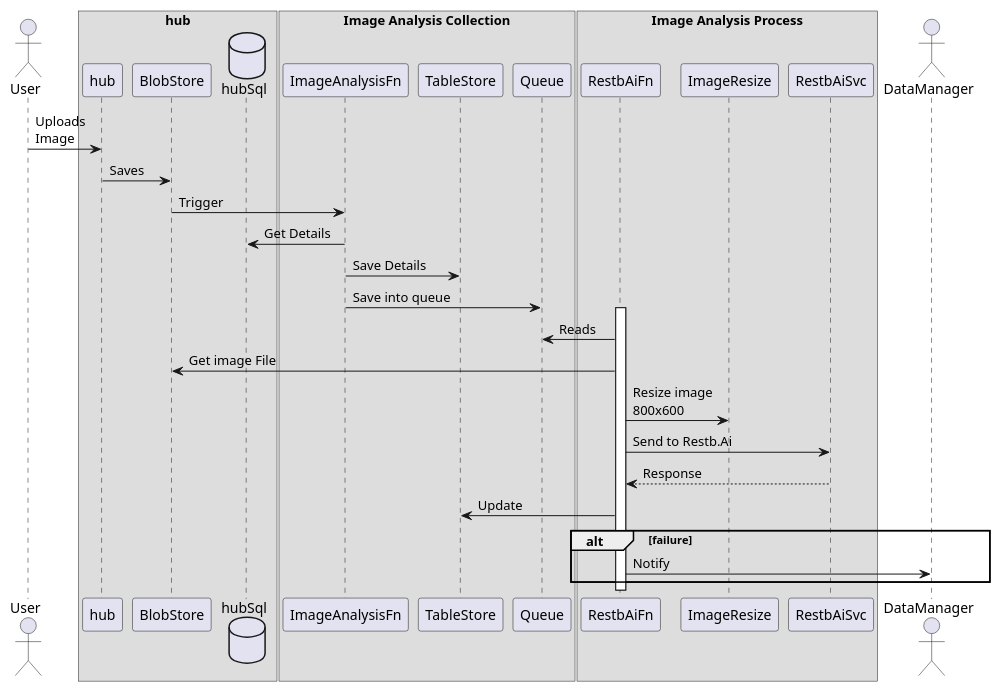
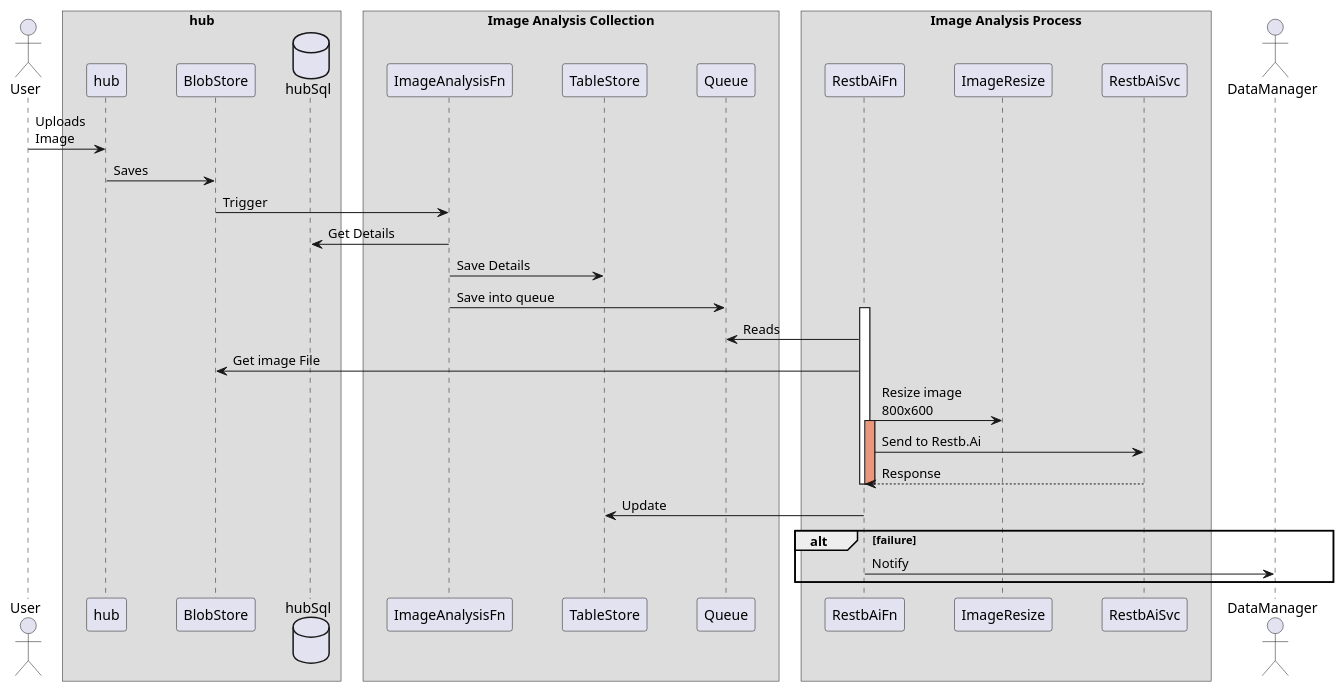
One commit to Kf-GaryNewport/Kf-GaryNewport.github.io changed the diagram in assets/ImageAnalysis/ImageAnalysis-Seq.puml. Above: the diagram before and after it, drawn with PlantUML.

```diff
--- a/assets/ImageAnalysis/ImageAnalysis-Seq.puml
+++ b/assets/ImageAnalysis/ImageAnalysis-Seq.puml
@@ -1,39 +1,36 @@
 @startuml "ImageAnalysis Sequence"
+skinparam ParticipantPadding 20
+skinparam BoxPadding 10
 
 actor User
 box "hub"
     User -> hub : Uploads\nImage
     hub -> BlobStore : Saves
-database hubSql
+    database hubSql
 end box
 
 box "Image Analysis Collection"
     BlobStore -> ImageAnalysisFn : Trigger
     ImageAnalysisFn -> hubSql : Get Details
     ImageAnalysisFn -> TableStore : Save Details
     ImageAnalysisFn -> Queue : Save into queue
 end box
 box "Image Analysis Process"
     Activate RestbAiFn
-    RestbAiFn -> Queue : Reads 
-    RestbAiFn -> BlobStore : Get image File
-    RestbAiFn -> ImageResize : Resize image\n800x600
-    RestbAiFn -> RestbAiSvc : Send to Restb.Ai
-    RestbAiSvc --> RestbAiFn : Response
+        RestbAiFn -> Queue : Reads 
+        RestbAiFn -> BlobStore : Get image File
+        RestbAiFn -> ImageResize : Resize image\n800x600
+        activate RestbAiFn #DarkSalmon
+            RestbAiFn -> RestbAiSvc : Send to Restb.Ai
+            RestbAiSvc --> RestbAiFn : Response
+        deactivate RestbAiFn
+    deactivate RestbAiFn
     RestbAiFn -> TableStore : Update 
 end box
 
 actor DataManager
 alt failure
     RestbAiFn -> DataManager : Notify
 end
 
-
-
-' Need to failure route
-
-
-
- 
-
 @enduml
```
